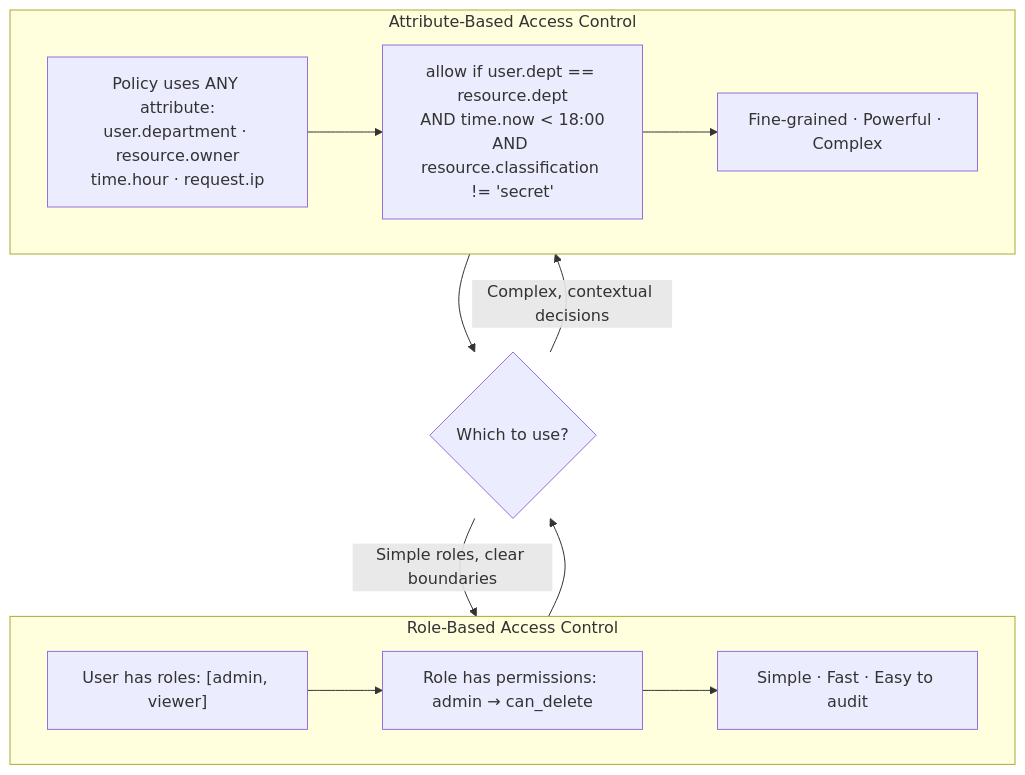
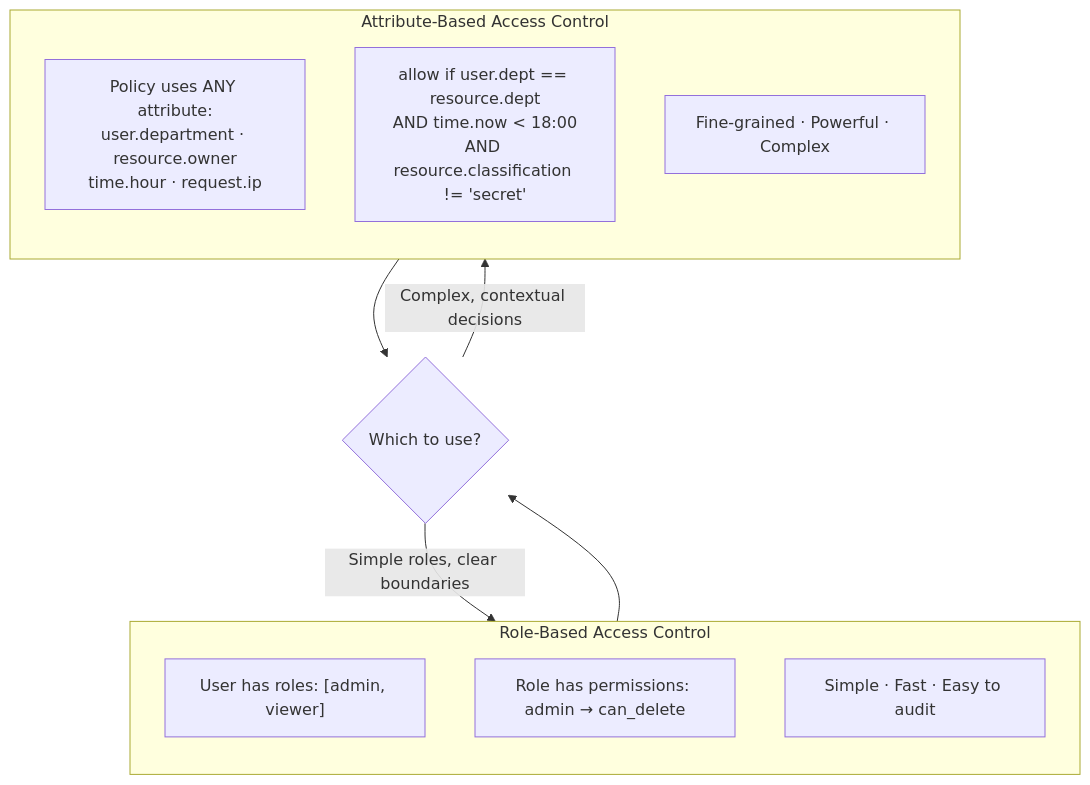
One commit to romangurevitch/GoTraining changed the sixth of 8 diagrams in internal/fundamentals/security-and-observability/01-authn-authz.md. Above: the diagram before and after it, drawn with Mermaid. The commit also changed other lines of this file and 20 other files, not shown here.

````diff
--- a/internal/fundamentals/security-and-observability/01-authn-authz.md
+++ b/internal/fundamentals/security-and-observability/01-authn-authz.md
@@ -202,24 +206,24 @@
 ```mermaid
-graph TB
+graph TD
     subgraph RBAC["Role-Based Access Control"]
-        direction LR
+        direction TB
         RB1["User has roles: [admin, viewer]"]
         RB2["Role has permissions: admin → can_delete"]
         RB3["Simple · Fast · Easy to audit"]
-        RB1 --> RB2 --> RB3
     end
 
+    RBAC ~~~ ABAC
+
     subgraph ABAC["Attribute-Based Access Control"]
-        direction LR
+        direction TB
         AB1["Policy uses ANY attribute:<br/>user.department · resource.owner<br/>time.hour · request.ip"]
         AB2["allow if user.dept == resource.dept<br/>AND time.now < 18:00<br/>AND resource.classification != 'secret'"]
         AB3["Fine-grained · Powerful · Complex"]
-        AB1 --> AB2 --> AB3
     end
 
     CHOOSE{"Which to use?"}
     RBAC --> CHOOSE
     ABAC --> CHOOSE
     CHOOSE -->|"Simple roles, clear boundaries"| RBAC
     CHOOSE -->|"Complex, contextual decisions"| ABAC
 ```
````
